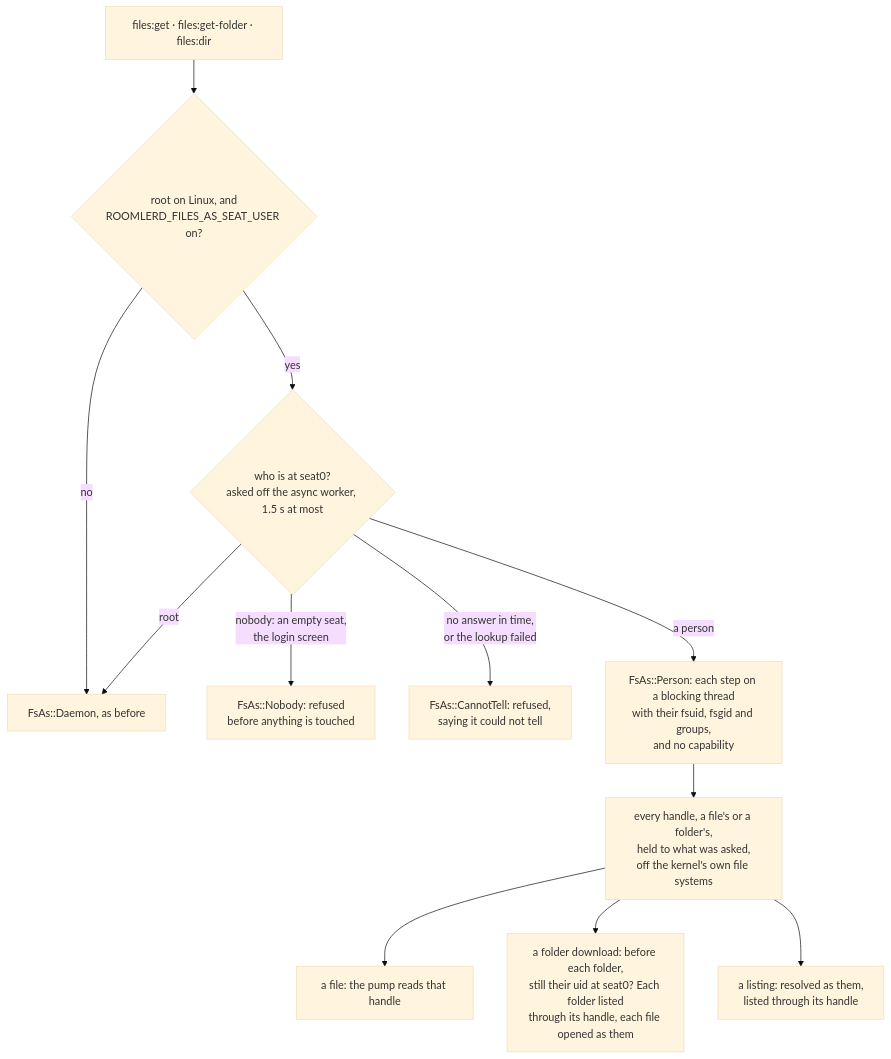
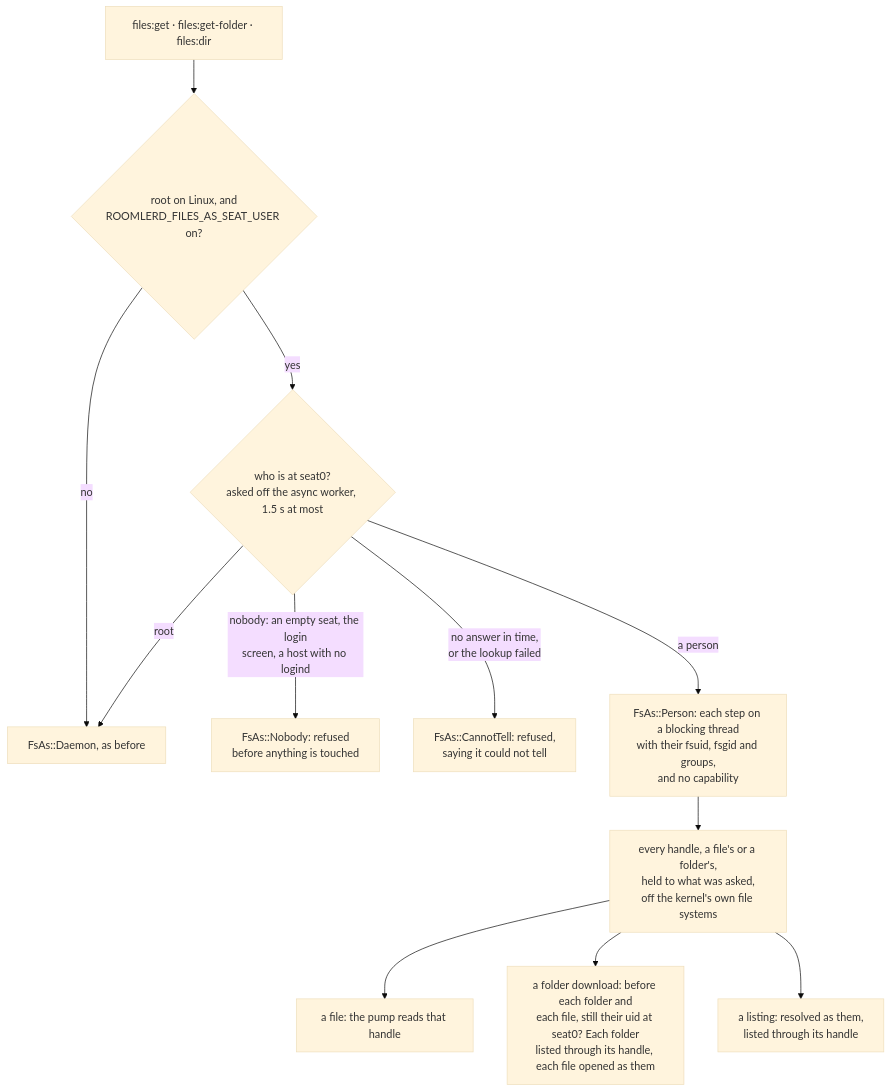
One commit to gjovanov/roomler-ai changed the tenth of 18 diagrams in docs/desktop-companion.md. Above: the diagram before and after it, drawn with Mermaid (base theme). The commit also changed other lines of this file and 1 other file, not shown here.

First line of the commit message:
docs(files): the next file, a host with no logind, and the files channel's log lines

````diff
--- a/docs/desktop-companion.md
+++ b/docs/desktop-companion.md
@@ -695,14 +695,14 @@
 ```mermaid
 flowchart TD
     R["files:get · files:get-folder · files:dir"] --> Q{"root on Linux, and<br/>ROOMLERD_FILES_AS_SEAT_USER on?"}
     Q -- "no" --> D["FsAs::Daemon, as before"]
     Q -- "yes" --> S{"who is at seat0?<br/>asked off the async worker, 1.5 s at most"}
     S -- "root" --> D
-    S -- "nobody: an empty seat,<br/>the login screen" --> N["FsAs::Nobody: refused<br/>before anything is touched"]
+    S -- "nobody: an empty seat, the login<br/>screen, a host with no logind" --> N["FsAs::Nobody: refused<br/>before anything is touched"]
     S -- "no answer in time,<br/>or the lookup failed" --> C["FsAs::CannotTell: refused,<br/>saying it could not tell"]
     S -- "a person" --> P["FsAs::Person: each step on a blocking thread<br/>with their fsuid, fsgid and groups,<br/>and no capability"]
     P --> H["every handle, a file's or a folder's,<br/>held to what was asked,<br/>off the kernel's own file systems"]
     H --> F["a file: the pump reads that handle"]
-    H --> Z["a folder download: before each folder,<br/>still their uid at seat0? Each folder listed<br/>through its handle, each file opened as them"]
+    H --> Z["a folder download: before each folder and<br/>each file, still their uid at seat0? Each folder<br/>listed through its handle, each file opened as them"]
     H --> G["a listing: resolved as them,<br/>listed through its handle"]
 ```
````
